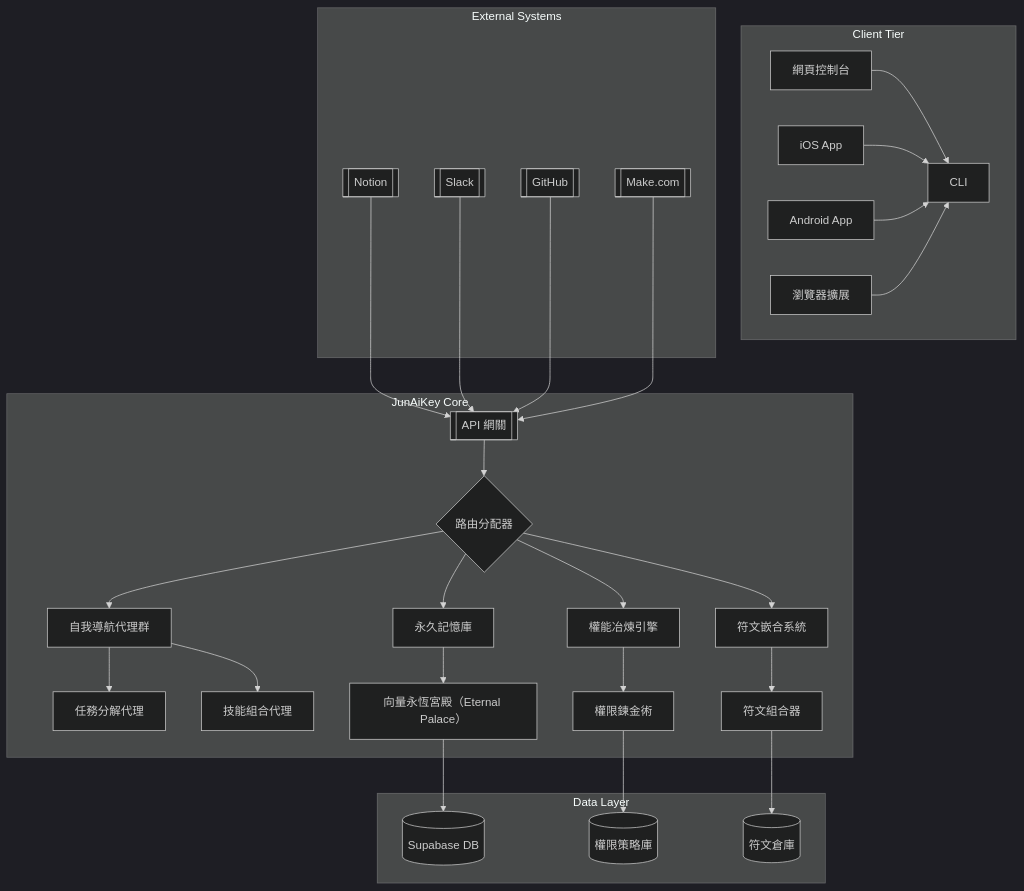
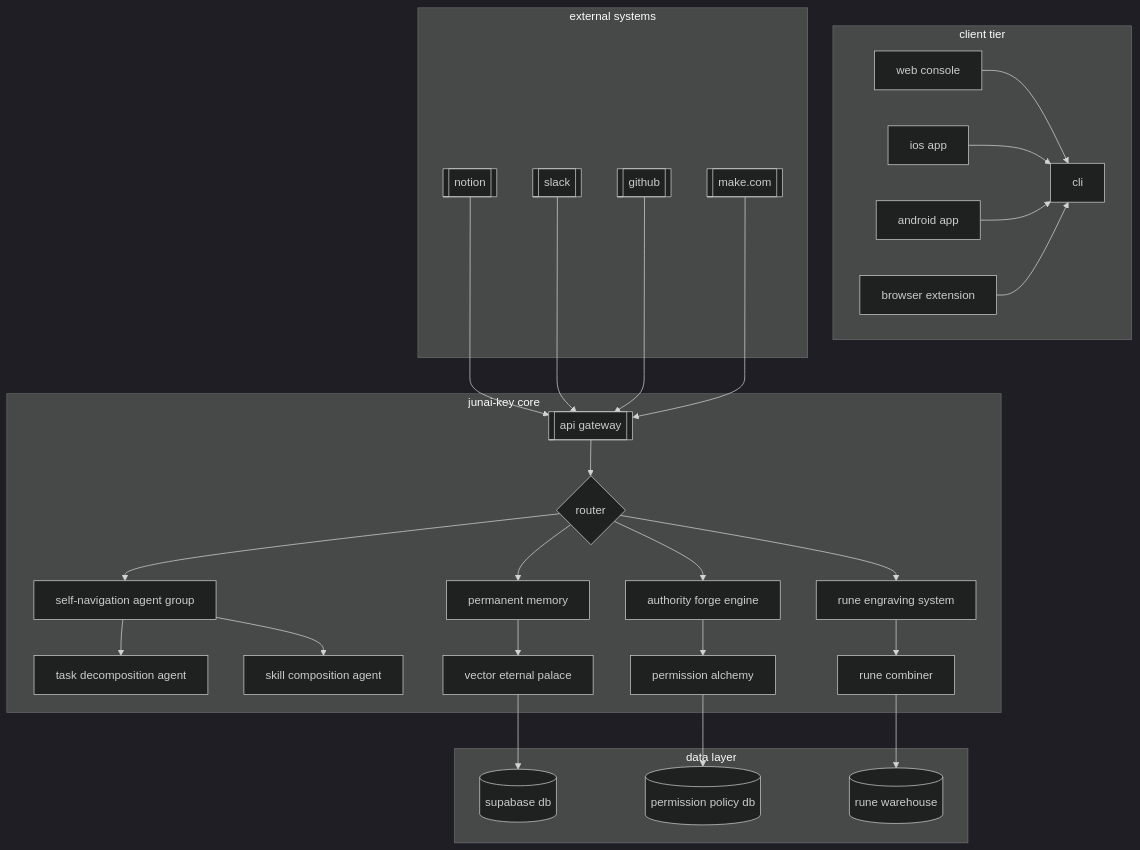
Before and after one commit to DingJun1028/Jun.Ai.Key: the fifth of 15 diagrams in README.md, drawn with Mermaid (dark theme). The commit also changed other lines of this file and 13 other files, not shown here.

First line of the commit message:
feat: Enhance AuthorityForgeEngine with new methods and improve Orchestrator routing

````diff
--- a/README.md
+++ b/README.md
@@ -129,32 +202,32 @@
 ```mermaid
 graph TD
-    subgraph 用戶端 [Client Tier]
-        A[網頁控制台] --> B[CLI]
-        C[iOS App] --> B
-        D[Android App] --> B
-        E[瀏覽器擴展] --> B
+    subgraph client-tier [client tier]
+        A[web console] --> B[cli]
+        C[ios app] --> B
+        D[android app] --> B
+        E[browser extension] --> B
     end
-    subgraph 萬能元鑰核心 [JunAiKey Core]
-        F[[API 網關]] --> G{路由分配器}
-        G --> H[自我導航代理群]
-        G --> I[永久記憶庫]
-        G --> J[權能冶煉引擎]
-        G --> K[符文嵌合系統]
-        H --> L[任務分解代理]
-        H --> M[技能組合代理]
-        I --> N[向量永恆宮殿（Eternal Palace）]
-        J --> O[權限鍊金術]
-        K --> P[符文組合器]
+    subgraph junai-key-core [junai-key core]
+        F[[api gateway]] --> G{router}
+        G --> H[self-navigation agent group]
+        G --> I[permanent memory]
+        G --> J[authority forge engine]
+        G --> K[rune engraving system]
+        H --> L[task decomposition agent]
+        H --> M[skill composition agent]
+        I --> N[vector eternal palace]
+        J --> O[permission alchemy]
+        K --> P[rune combiner]
     end
-    subgraph 數據層 [Data Layer]
-        N --> Q[(Supabase DB)]
-        O --> R[(權限策略庫)]
-        P --> S[(符文倉庫)]
+    subgraph data-layer [data layer]
+        N --> Q[(supabase db)]
+        O --> R[(permission policy db)]
+        P --> S[(rune warehouse)]
     end
-    subgraph 外部系統 [External Systems]
-        T[[Notion]] --> F
-        U[[Slack]] --> F
-        V[[GitHub]] --> F
-        W[[Make.com]] --> F
+    subgraph external-systems [external systems]
+        T[[notion]] --> F
+        U[[slack]] --> F
+        V[[github]] --> F
+        W[[make.com]] --> F
     end
 ```
````
